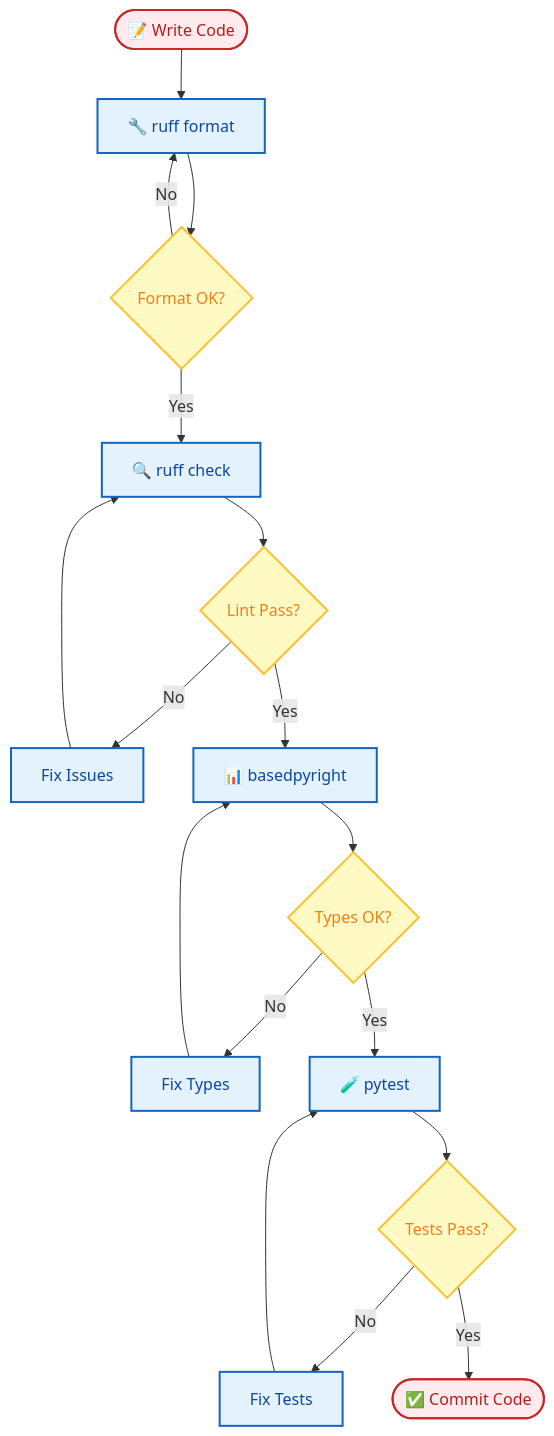
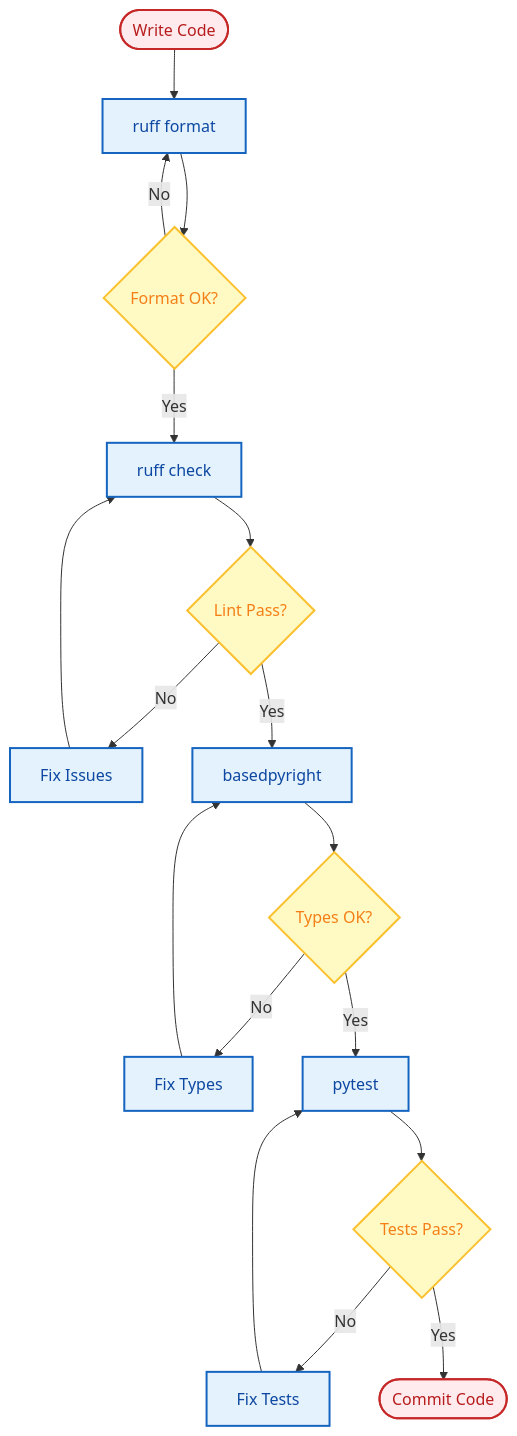
The second of 3 diagrams in docs/en-US/development.md (xt765/FinchBot), drawn with Mermaid before and after one commit. The commit also changed other lines of this file and 18 other files, not shown here.

First line of the commit message:
docs: 简化架构图并删除所有mermaid图中的表情包

````diff
--- a/docs/en-US/development.md
+++ b/docs/en-US/development.md
@@ -139,24 +138,23 @@
 ```mermaid
 flowchart TD
-    %% Style Definitions
     classDef startEnd fill:#ffebee,stroke:#c62828,stroke-width:2px,color:#b71c1c;
     classDef process fill:#e3f2fd,stroke:#1565c0,stroke-width:2px,color:#0d47a1;
     classDef decision fill:#fff9c4,stroke:#fbc02d,stroke-width:2px,color:#f57f17;
 
-    A([📝 Write Code]):::startEnd --> B[🔧 ruff format]:::process
+    A([Write Code]):::startEnd --> B[ruff format]:::process
     B --> C{Format OK?}:::decision
     C -->|No| B
-    C -->|Yes| D[🔍 ruff check]:::process
+    C -->|Yes| D[ruff check]:::process
     D --> E{Lint Pass?}:::decision
     E -->|No| F[Fix Issues]:::process
     F --> D
-    E -->|Yes| G[📊 basedpyright]:::process
+    E -->|Yes| G[basedpyright]:::process
     G --> H{Types OK?}:::decision
     H -->|No| I[Fix Types]:::process
     I --> G
-    H -->|Yes| J[🧪 pytest]:::process
+    H -->|Yes| J[pytest]:::process
     J --> K{Tests Pass?}:::decision
     K -->|No| L[Fix Tests]:::process
     L --> J
-    K -->|Yes| M([✅ Commit Code]):::startEnd
+    K -->|Yes| M([Commit Code]):::startEnd
 ```
````
